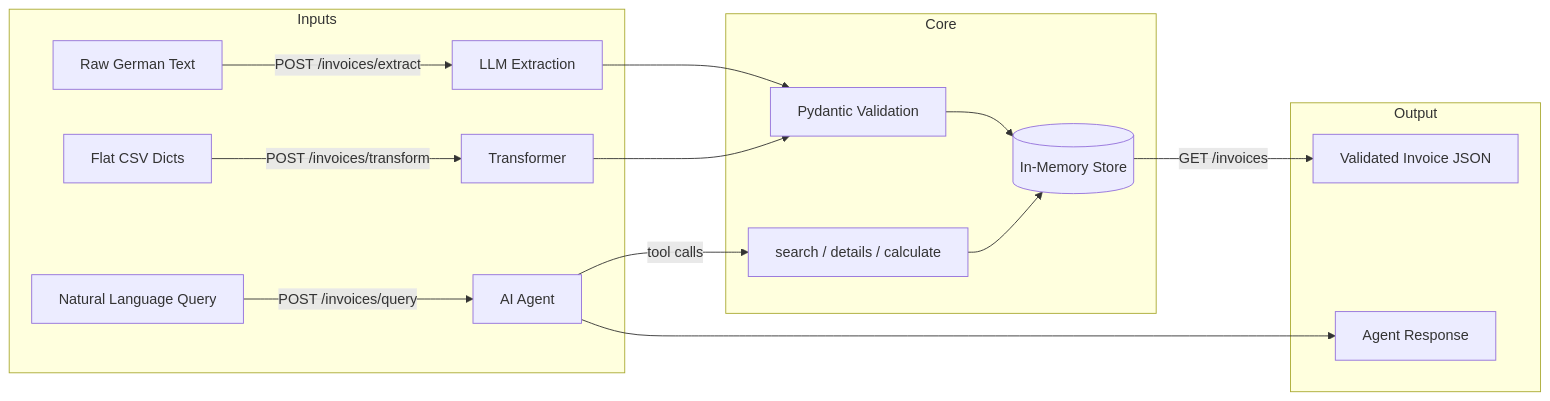
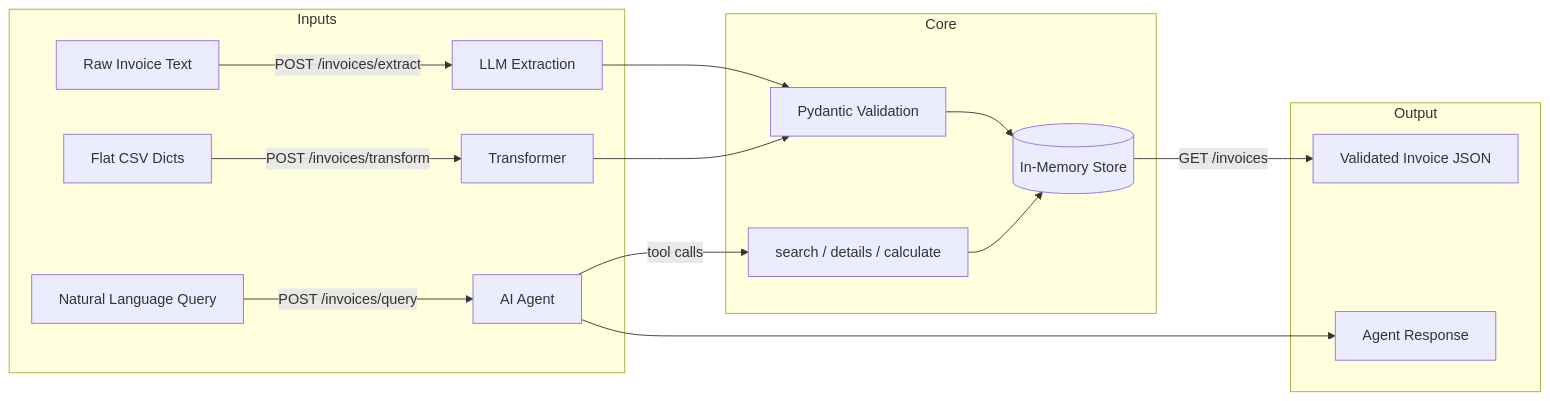
The diagram in README.md (Fgram-devAI/ba-assessment-faidon), drawn with Mermaid before and after one commit. The commit also changed other lines of this file and 9 other files, not shown here.

First line of the commit message:
Add LLM extraction pipeline with multi-provider support and tests

````diff
--- a/README.md
+++ b/README.md
@@ -7,21 +7,21 @@
 ```mermaid
 graph LR
     subgraph Inputs
-        A[Raw German Text] -->|POST /invoices/extract| E[LLM Extraction]
+        A[Raw Invoice Text] -->|POST /invoices/extract| E[LLM Extraction]
         B[Flat CSV Dicts] -->|POST /invoices/transform| T[Transformer]
         C[Natural Language Query] -->|POST /invoices/query| AG[AI Agent]
     end
 
     subgraph Core
         E --> V[Pydantic Validation]
         T --> V
         V --> S[(In-Memory Store)]
         AG -->|tool calls| Tools[search / details / calculate]
         Tools --> S
     end
 
     subgraph Output
         S -->|GET /invoices| JSON[Validated Invoice JSON]
         AG --> Answer[Agent Response]
     end
 ```
````
